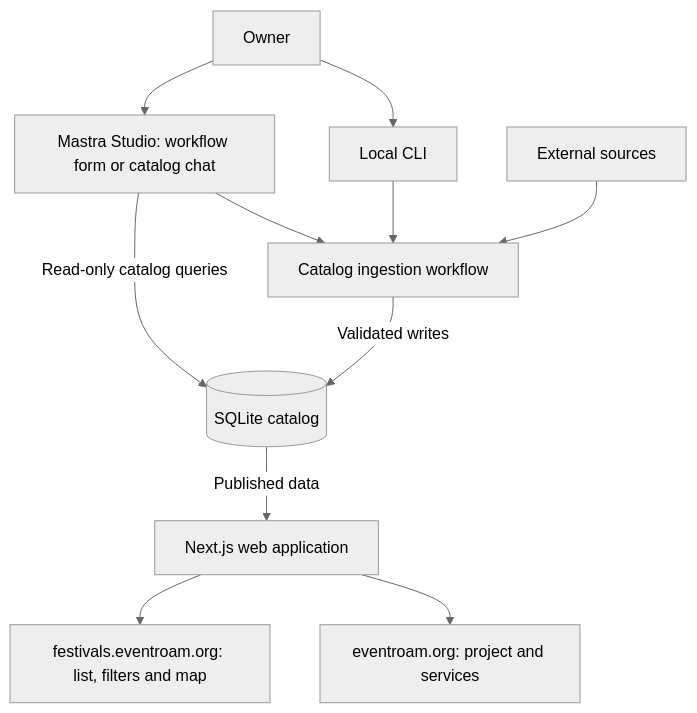
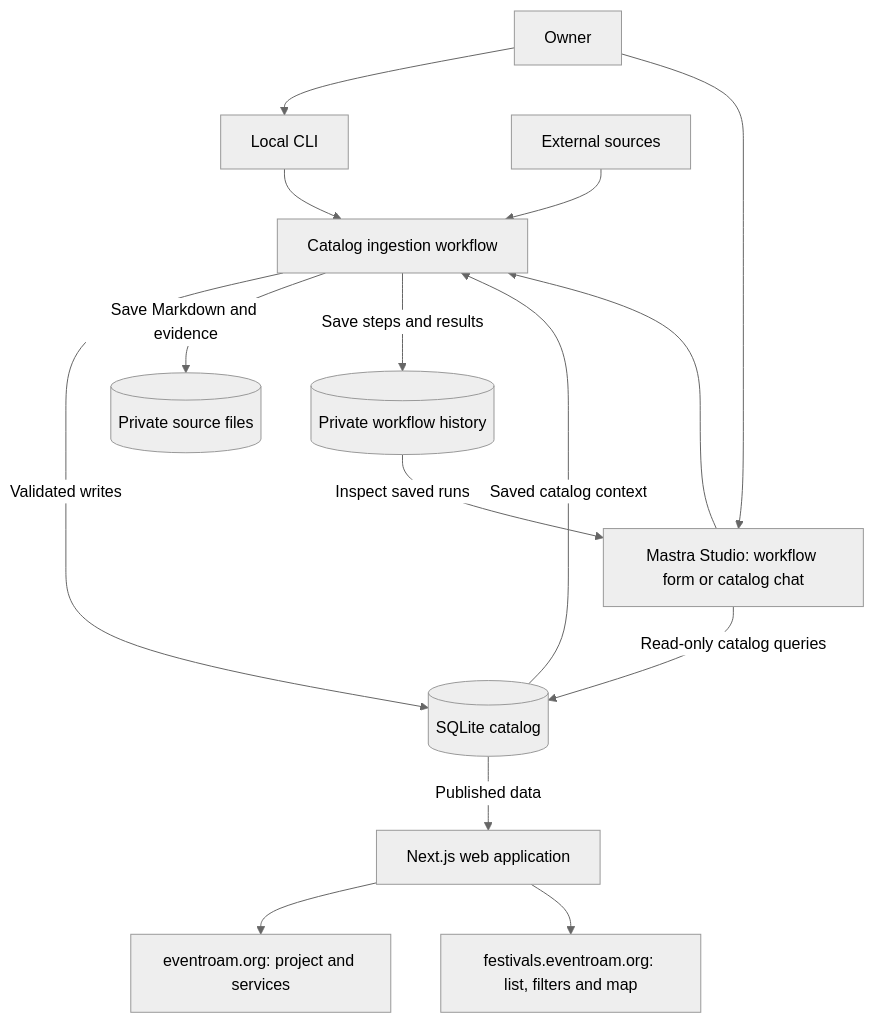
One commit to alex-karo/eventroam changed the first of 2 diagrams in README.md. Above: the diagram before and after it, drawn with Mermaid (neutral theme). The commit also changed other lines of this file and 73 other files, not shown here.

````diff
--- a/README.md
+++ b/README.md
@@ -18,13 +18,17 @@
 ```mermaid
 flowchart TD
     Owner[Owner] --> CLI[Local CLI]
     Owner --> Studio[Mastra Studio: workflow form or catalog chat]
     CLI --> Ingestion[Catalog ingestion workflow]
     Studio --> Ingestion
     Sources[External sources] --> Ingestion
+    DB -->|Saved catalog context| Ingestion
     Ingestion -->|Validated writes| DB[(SQLite catalog)]
+    Ingestion -->|Save Markdown and evidence| Evidence[(Private source files)]
+    Ingestion -->|Save steps and results| History[(Private workflow history)]
+    History -->|Inspect saved runs| Studio
     Studio -->|Read-only catalog queries| DB
     DB -->|Published data| Web[Next.js web application]
     Web --> Apex[eventroam.org: project and services]
     Web --> Festivals[festivals.eventroam.org: list, filters and map]
 ```
````
